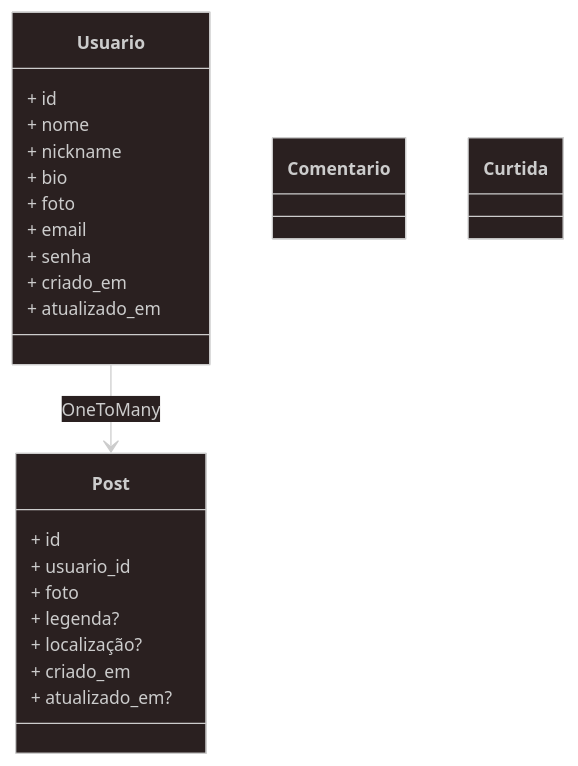
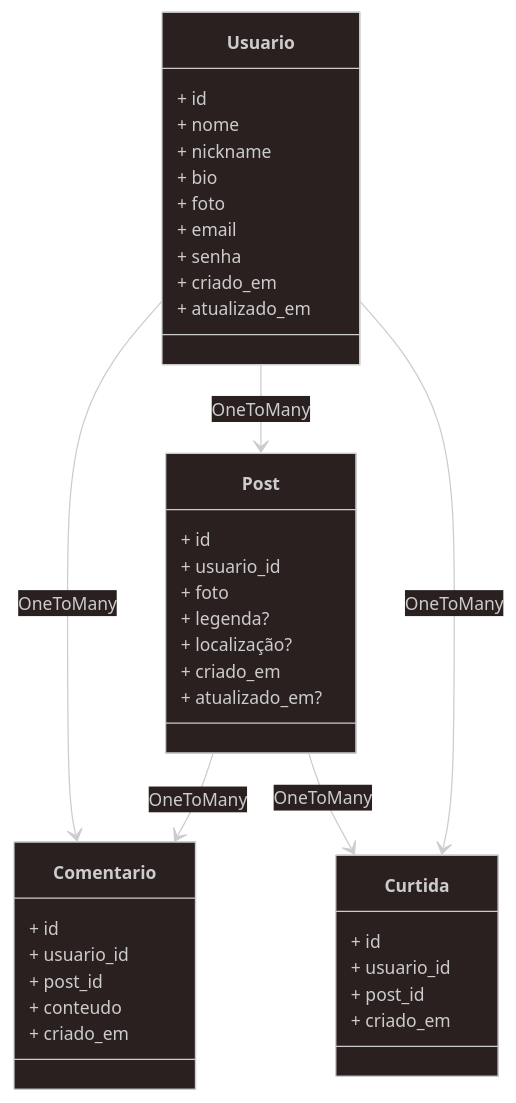
One commit to MarioSerafimCoder/api-instagram changed the diagram in readme.md. Above: the diagram before and after it, drawn with Mermaid.

Commit message:
tabelas atualizadas

````diff
--- a/readme.md
+++ b/readme.md
@@ -16,40 +16,52 @@
 ```mermaid
 ---
 config:
   layout: dagre
   theme: neo-dark
   look: classic
 ---
 classDiagram
   Usuario --> Post: OneToMany
+  Usuario --> Comentario: OneToMany
+  Post --> Comentario: OneToMany
+  Post --> Curtida: OneToMany
+  Usuario --> Curtida: OneToMany
+
   class Usuario{
     + id
     + nome
     + nickname
     + bio
     + foto
     + email
     + senha
     + criado_em
     + atualizado_em
   }
 
   class Post{
     + id
     + usuario_id
     + foto
     + legenda?
     + localização?
     + criado_em
     + atualizado_em?
   }
 
   class Comentario{
-
+    + id
+    + usuario_id
+    + post_id
+    + conteudo
+    + criado_em
   }
 
   class Curtida{
+    + id
+    + usuario_id
+    + post_id
+    + criado_em
 
   }
-
   ```
````
